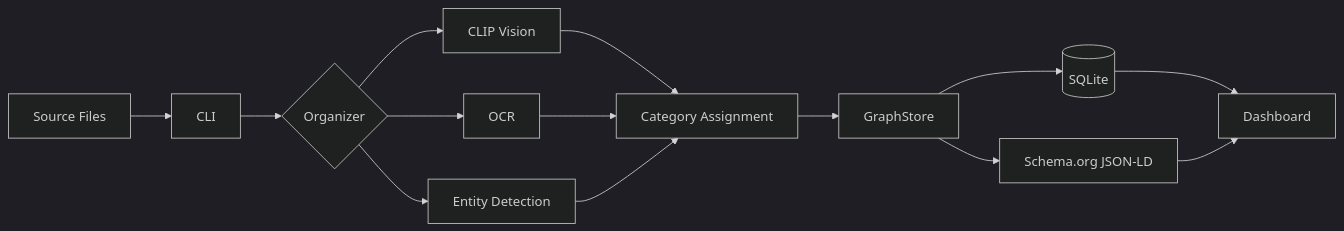
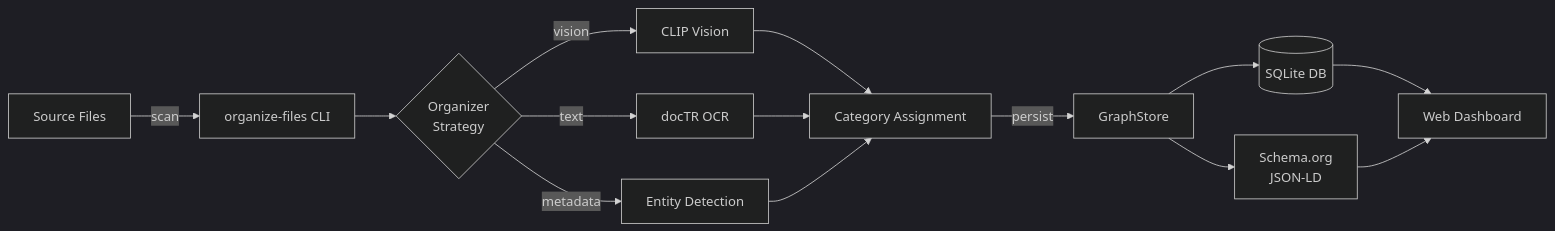
Before and after one commit to aledlie/schema-org-file-system: the first of 4 diagrams in README.md, drawn with Mermaid (dark theme). The commit also changed other lines of this file and 1 other file, not shown here.

First line of the commit message:
docs: update README flowchart and add GAME_SPRITE_KEYWORDS backlog item

````diff
--- a/README.md
+++ b/README.md
@@ -40,13 +40,20 @@
 ```mermaid
 flowchart LR
-    A[Source Files] --> B[CLI]
-    B --> C{Organizer}
-    C --> D[CLIP Vision]
-    C --> E[OCR]
-    C --> F[Entity Detection]
-    D & E & F --> G[Category Assignment]
-    G --> H[GraphStore]
-    H --> I[(SQLite)]
-    H --> J[Schema.org JSON-LD]
-    I & J --> K[Dashboard]
+    A[Source Files] -->|scan| B[organize-files CLI]
+    B --> C{Organizer<br/>Strategy}
+
+    C -->|vision| D[CLIP Vision]
+    C -->|text| E[docTR OCR]
+    C -->|metadata| F[Entity Detection]
+
+    D --> G[Category Assignment]
+    E --> G
+    F --> G
+
+    G -->|persist| H[GraphStore]
+    H --> I[(SQLite DB)]
+    H --> J[Schema.org<br/>JSON-LD]
+
+    I --> K[Web Dashboard]
+    J --> K
 ```
````
